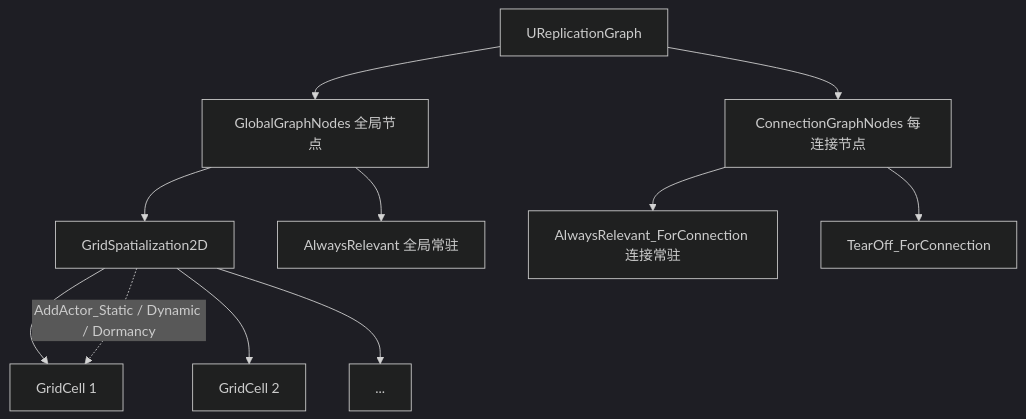
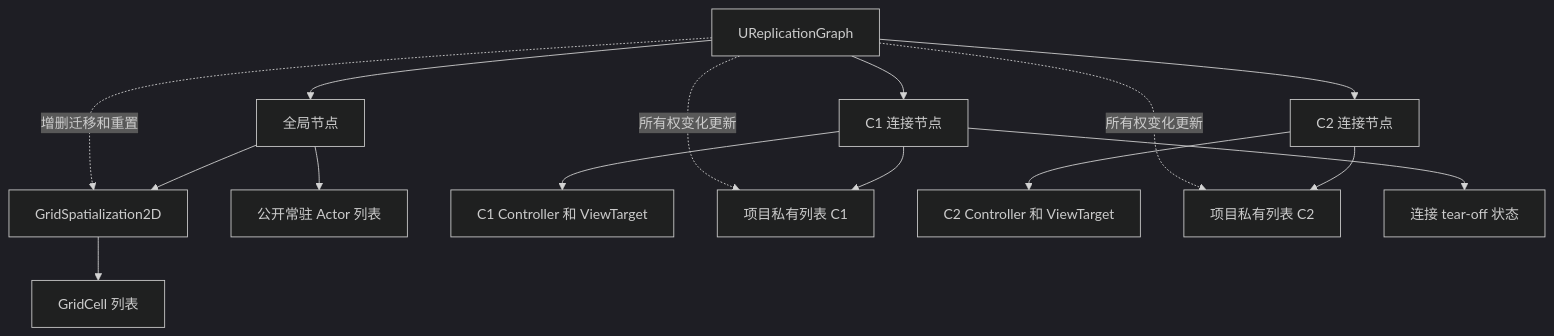
The second of 3 diagrams in 知识/07-网络与游戏服务端/状态复制与兴趣管理/05-ReplicationGraph兴趣管理.md (fantuan812/learning), drawn with Mermaid (dark theme) before and after one commit. The commit also changed other lines of this file and 1 other file, not shown here.

````diff
--- a/知识/07-网络与游戏服务端/状态复制与兴趣管理/05-ReplicationGraph兴趣管理.md
+++ b/知识/07-网络与游戏服务端/状态复制与兴趣管理/05-ReplicationGraph兴趣管理.md
@@ -160,13 +148,17 @@
 ```mermaid
 graph TD
-    RG[UReplicationGraph] --> GGN[GlobalGraphNodes 全局节点]
-    RG --> CGN[ConnectionGraphNodes 每连接节点]
-    GGN --> Grid[GridSpatialization2D]
-    Grid --> C1[GridCell 1]
-    Grid --> C2[GridCell 2]
-    Grid --> C3[...]
-    GGN --> AL[AlwaysRelevant 全局常驻]
-    CGN --> ALC[AlwaysRelevant_ForConnection 连接常驻]
-    CGN --> TFC[TearOff_ForConnection]
-    Grid -. AddActor_Static / Dynamic / Dormancy .-> C1
+    RG[UReplicationGraph] --> GG[全局节点]
+    RG --> C1[C1 连接节点]
+    RG --> C2[C2 连接节点]
+    GG --> Grid[GridSpatialization2D]
+    Grid --> Cells[GridCell 列表]
+    GG --> Public[公开常驻 Actor 列表]
+    C1 --> View1[C1 Controller 和 ViewTarget]
+    C1 --> Private1[项目私有列表 C1]
+    C2 --> View2[C2 Controller 和 ViewTarget]
+    C2 --> Private2[项目私有列表 C2]
+    C1 --> Tear1[连接 tear-off 状态]
+    RG -. 增删迁移和重置 .-> Grid
+    RG -. 所有权变化更新 .-> Private1
+    RG -. 所有权变化更新 .-> Private2
 ```
````
